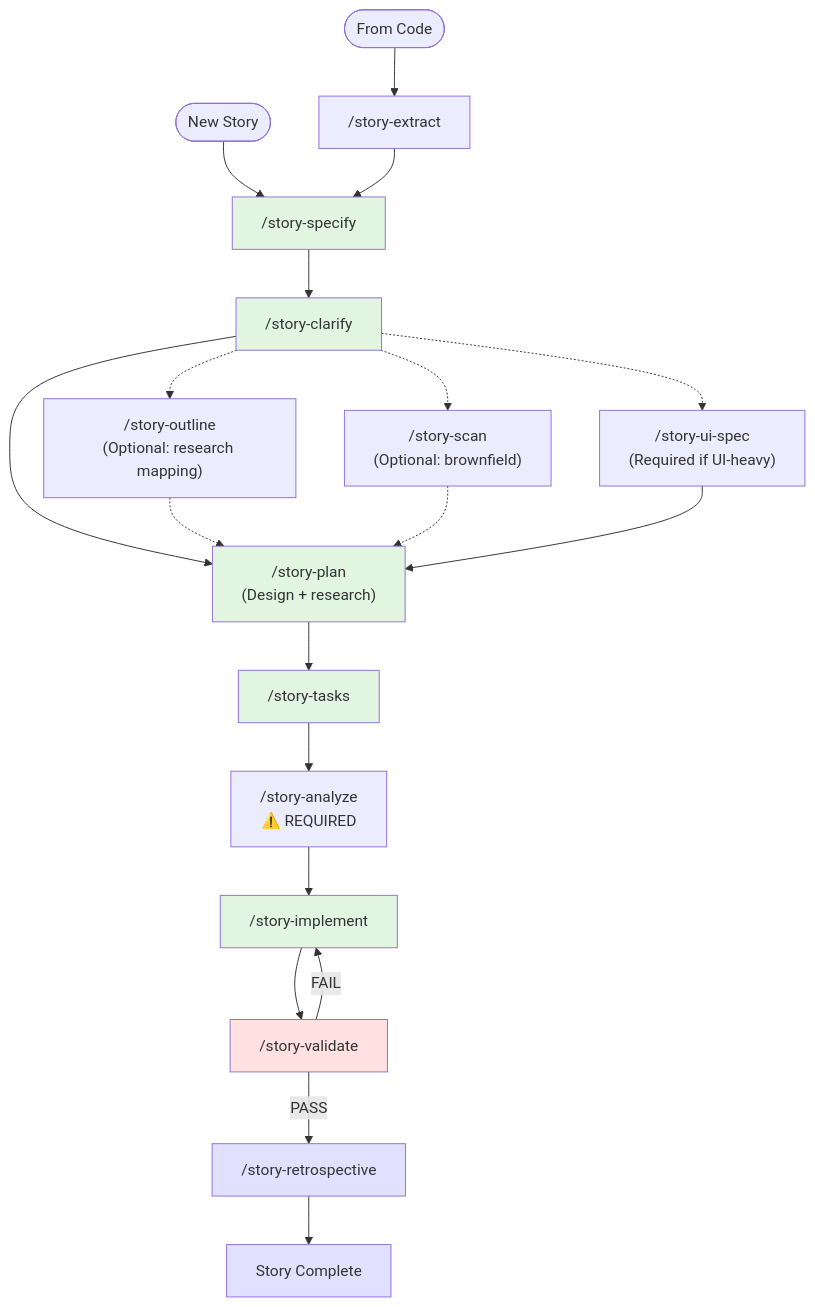
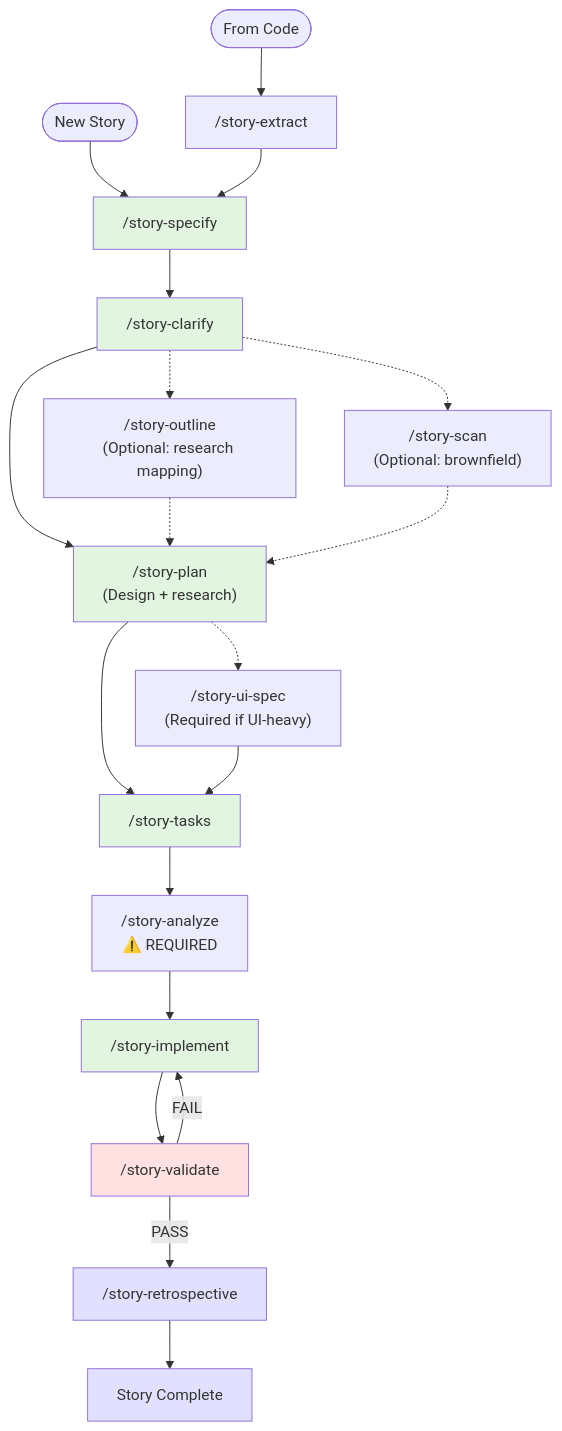
One commit to telum-ai/speck changed the third of 3 diagrams in .speck/README.md. Above: the diagram before and after it, drawn with Mermaid. The commit also changed other lines of this file and 31 other files, not shown here.

````diff
--- a/.speck/README.md
+++ b/.speck/README.md
@@ -203,51 +221,51 @@
 ```mermaid
 graph TD
     StoryStart([New Story]) --> storySpecify
     ExtractStart([From Code]) --> storyExtract
     storyExtract --> storySpecify
     
     storySpecify --> storyClarify
     storyClarify --> storyPlan
     
     storyClarify -.-> storyOutline
     storyOutline -.-> storyPlan
     
     storyClarify -.-> storyScan
     storyScan -.-> storyPlan
     
-    storyClarify -.-> storyUISpec
-    storyUISpec --> storyPlan
+    storyPlan --> storyTasks
     
-    storyPlan --> storyTasks
+    storyPlan -.-> storyUISpec
+    storyUISpec --> storyTasks
     
     storyTasks --> storyAnalyze
     storyAnalyze --> storyImplement
     
     storyImplement --> storyValidate
     
     storyValidate --> |PASS| storyRetro
     storyRetro --> done["Story Complete"]
     storyValidate --> |FAIL| storyImplement
     
     storySpecify["/story-specify"]
     storyExtract["/story-extract"]
     storyClarify["/story-clarify"]
     storyOutline["/story-outline<br/>(Optional: research mapping)"]
     storyPlan["/story-plan<br/>(Design + research)"]
     storyScan["/story-scan<br/>(Optional: brownfield)"]
     storyUISpec["/story-ui-spec<br/>(Required if UI-heavy)"]
     storyTasks["/story-tasks"]
     storyImplement["/story-implement"]
     storyAnalyze["/story-analyze<br/>⚠️ REQUIRED"]
     storyValidate["/story-validate"]
     storyRetro["/story-retrospective"]
     
     style storySpecify fill:#e1f5e1
     style storyClarify fill:#e1f5e1
     style storyPlan fill:#e1f5e1
     style storyTasks fill:#e1f5e1
     style storyImplement fill:#e1f5e1
     style storyValidate fill:#ffe1e1
     style storyRetro fill:#e1e1ff
     style done fill:#e1e1ff
 ```
````
